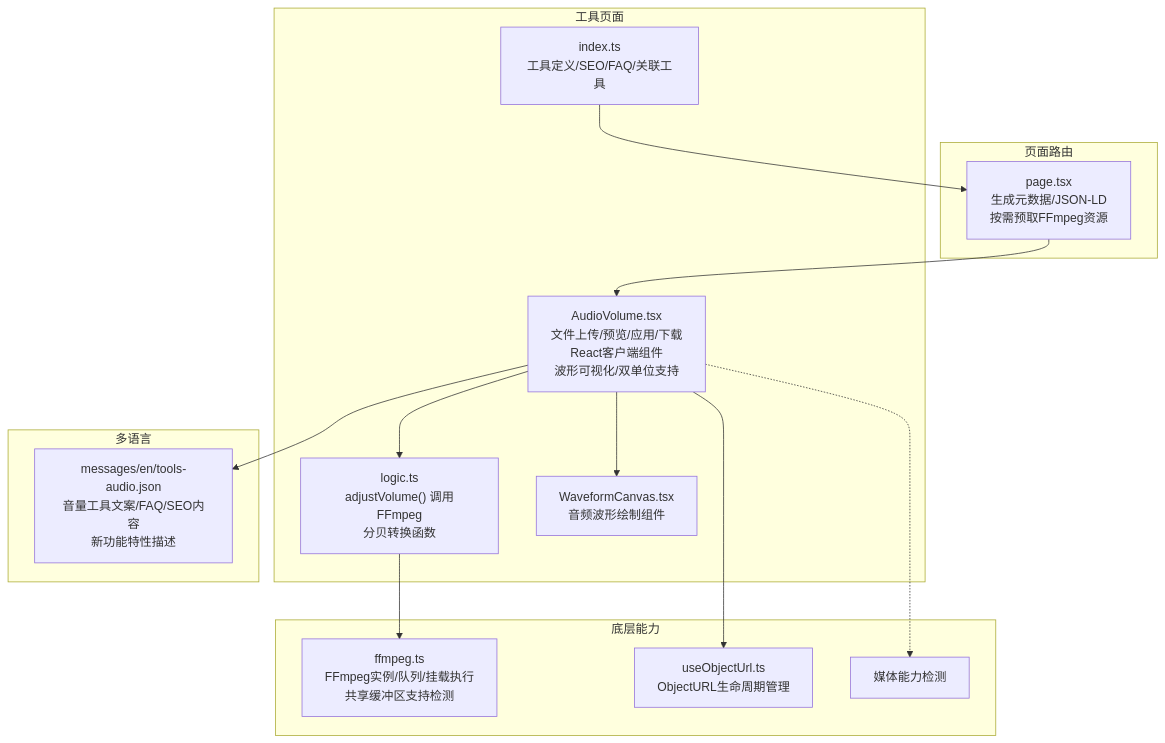
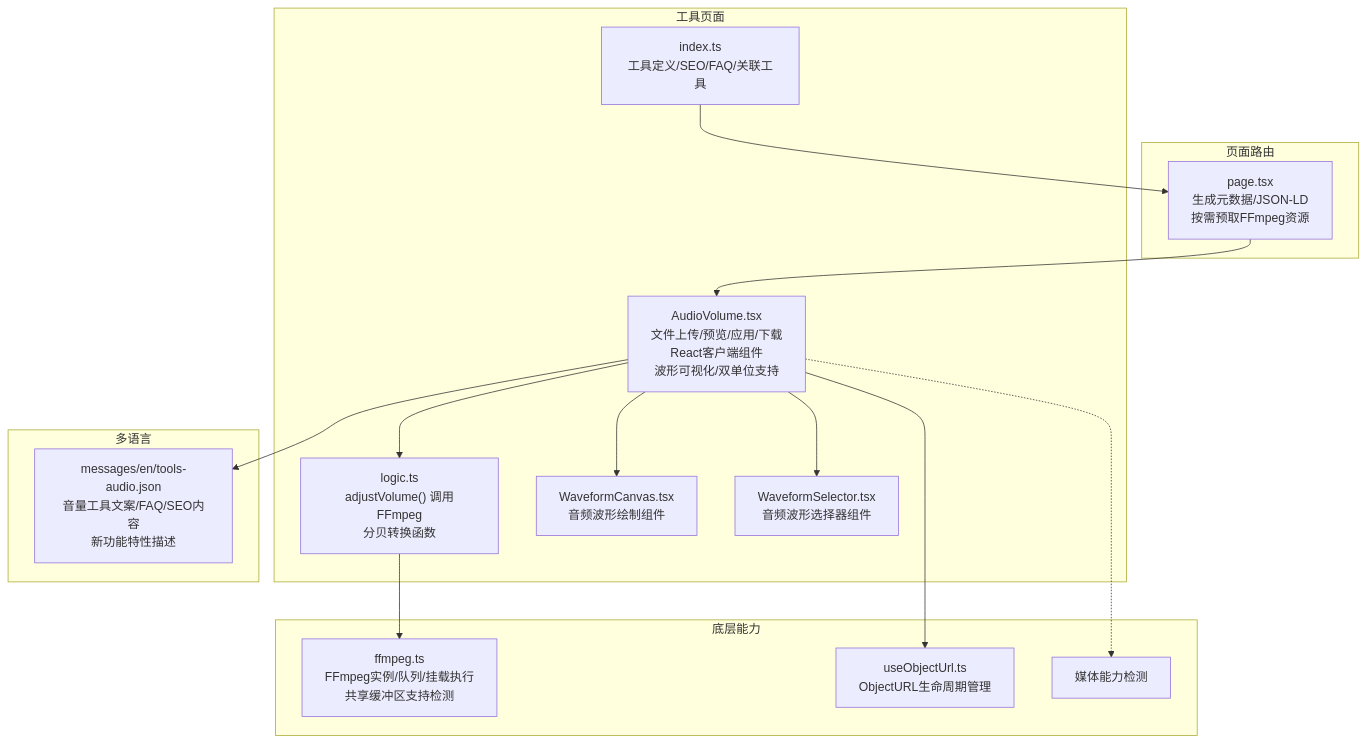
The first of 8 diagrams in .qoder/repowiki/zh/content/音频工具/音量调节.md (sgyy/privadeck), drawn with Mermaid before and after one commit. The commit also changed other lines of this file and 4 other files, not shown here.

````diff
--- a/.qoder/repowiki/zh/content/音频工具/音量调节.md
+++ b/.qoder/repowiki/zh/content/音频工具/音量调节.md
@@ -61,28 +62,30 @@
 ```mermaid
 graph TB
 subgraph "页面路由"
 Page["page.tsx<br/>生成元数据/JSON-LD<br/>按需预取FFmpeg资源"]
 end
 subgraph "工具页面"
 Client["AudioVolume.tsx<br/>文件上传/预览/应用/下载<br/>React客户端组件<br/>波形可视化/双单位支持"]
 Logic["logic.ts<br/>adjustVolume() 调用FFmpeg<br/>分贝转换函数"]
 Index["index.ts<br/>工具定义/SEO/FAQ/关联工具"]
 Waveform["WaveformCanvas.tsx<br/>音频波形绘制组件"]
+WaveformSelector["WaveformSelector.tsx<br/>音频波形选择器组件"]
 end
 subgraph "底层能力"
 FFmpegLib["ffmpeg.ts<br/>FFmpeg实例/队列/挂载执行<br/>共享缓冲区支持检测"]
 ObjUrl["useObjectUrl.ts<br/>ObjectURL生命周期管理"]
 MediaPipe["媒体能力检测"]
 end
 subgraph "多语言"
 I18N["messages/en/tools-audio.json<br/>音量工具文案/FAQ/SEO内容<br/>新功能特性描述"]
 end
 Page --> Client
 Client --> Logic
 Client --> ObjUrl
 Client --> Waveform
+Client --> WaveformSelector
 Logic --> FFmpegLib
 Client --> I18N
 Index --> Page
 Client -.-> MediaPipe
 ```
````
